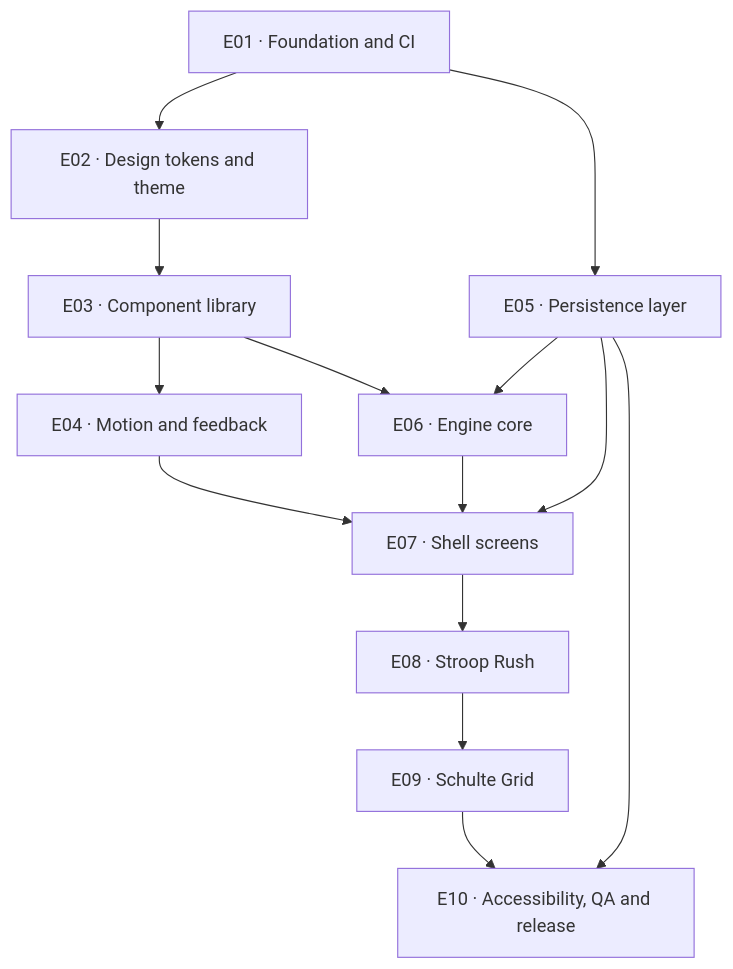
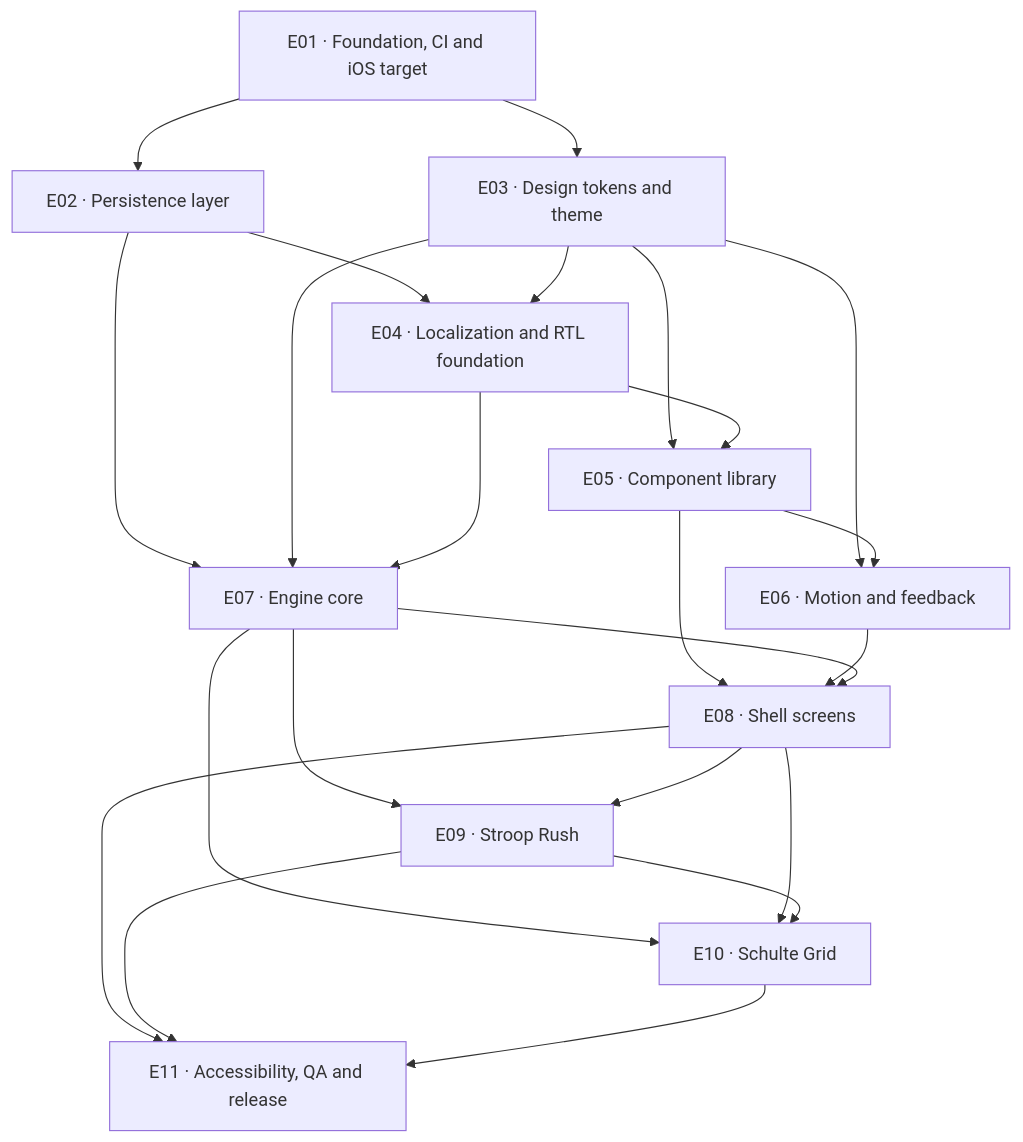
One commit to zakariaf/mindforge changed the diagram in epics/README.md. Above: the diagram before and after it, drawn with Mermaid. The commit also changed other lines of this file and 22 other files, not shown here.

First line of the commit message:
Restructure to eleven epics for localization, RTL and iOS-first

````diff
--- a/epics/README.md
+++ b/epics/README.md
@@ -35,27 +63,37 @@
 ```mermaid
 graph TD
-  E01[E01 · Foundation and CI]
-  E02[E02 · Design tokens and theme]
-  E03[E03 · Component library]
-  E04[E04 · Motion and feedback]
-  E05[E05 · Persistence layer]
-  E06[E06 · Engine core]
-  E07[E07 · Shell screens]
-  E08[E08 · Stroop Rush]
-  E09[E09 · Schulte Grid]
-  E10[E10 · Accessibility, QA and release]
+  E01[E01 · Foundation, CI and iOS target]
+  E02[E02 · Persistence layer]
+  E03[E03 · Design tokens and theme]
+  E04[E04 · Localization and RTL foundation]
+  E05[E05 · Component library]
+  E06[E06 · Motion and feedback]
+  E07[E07 · Engine core]
+  E08[E08 · Shell screens]
+  E09[E09 · Stroop Rush]
+  E10[E10 · Schulte Grid]
+  E11[E11 · Accessibility, QA and release]
 
   E01 --> E02
-  E01 --> E05
-  E02 --> E03
+  E01 --> E03
+  E02 --> E04
   E03 --> E04
+  E02 --> E07
+  E03 --> E05
   E03 --> E06
+  E03 --> E07
+  E04 --> E05
+  E04 --> E07
   E05 --> E06
-  E04 --> E07
-  E06 --> E07
-  E05 --> E07
+  E05 --> E08
+  E06 --> E08
   E07 --> E08
+  E07 --> E09
+  E07 --> E10
   E08 --> E09
+  E08 --> E10
+  E08 --> E11
   E09 --> E10
-  E05 --> E10
+  E09 --> E11
+  E10 --> E11
 ```
````
